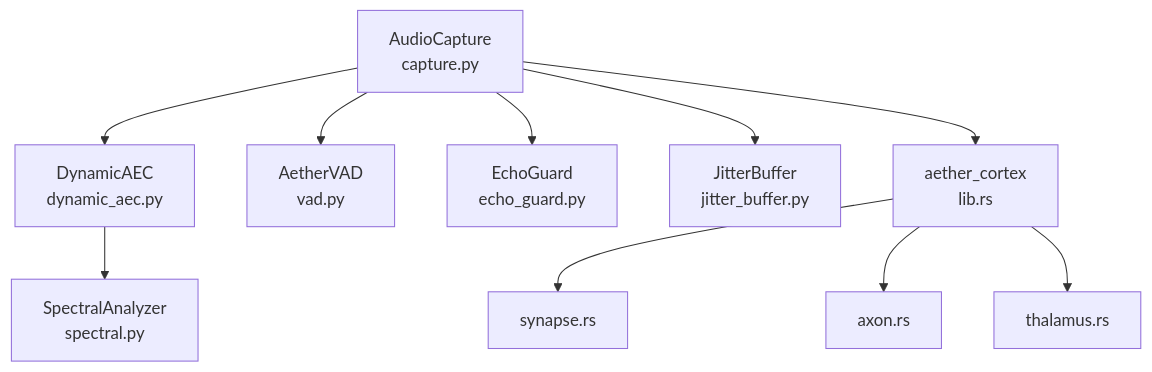
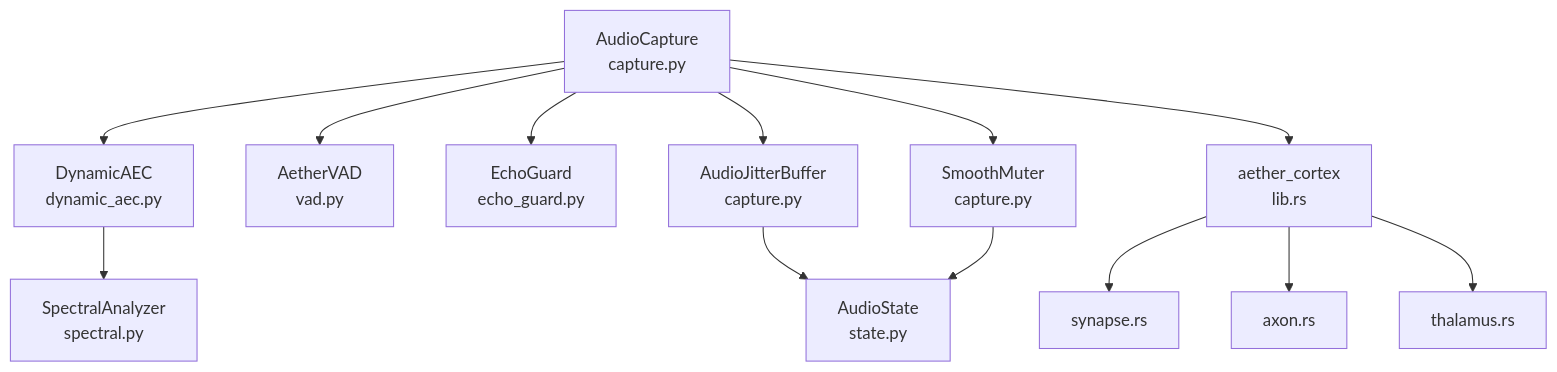
Diagram 11 of 11 in .qoder/repowiki/en/content/Audio Processing System/Thalamic Gate V2 Algorithm/Thalamic Gate V2 Algorithm.md (Moeabdelaziz007/Aether-Voice-OS), drawn with Mermaid before and after one commit. The commit also changed other lines of this file and 29 other files, not shown here.

````diff
--- a/.qoder/repowiki/en/content/Audio Processing System/Thalamic Gate V2 Algorithm/Thalamic Gate V2 Algorithm.md
+++ b/.qoder/repowiki/en/content/Audio Processing System/Thalamic Gate V2 Algorithm/Thalamic Gate V2 Algorithm.md
@@ -347,12 +446,15 @@
 ```mermaid
 graph TB
 DA["DynamicAEC<br/>dynamic_aec.py"] --> SA["SpectralAnalyzer<br/>spectral.py"]
 AC["AudioCapture<br/>capture.py"] --> DA
 AC --> AV["AetherVAD<br/>vad.py"]
 AC --> EG["EchoGuard<br/>echo_guard.py"]
-AC --> JB["JitterBuffer<br/>jitter_buffer.py"]
+AC --> AJB["AudioJitterBuffer<br/>capture.py"]
+AC --> SM["SmoothMuter<br/>capture.py"]
 AC --> CT["aether_cortex<br/>lib.rs"]
+AJB --> ST["AudioState<br/>state.py"]
+SM --> ST
 CT --> SYN["synapse.rs"]
 CT --> AXN["axon.rs"]
 CT --> THM["thalamus.rs"]
 ```
````
